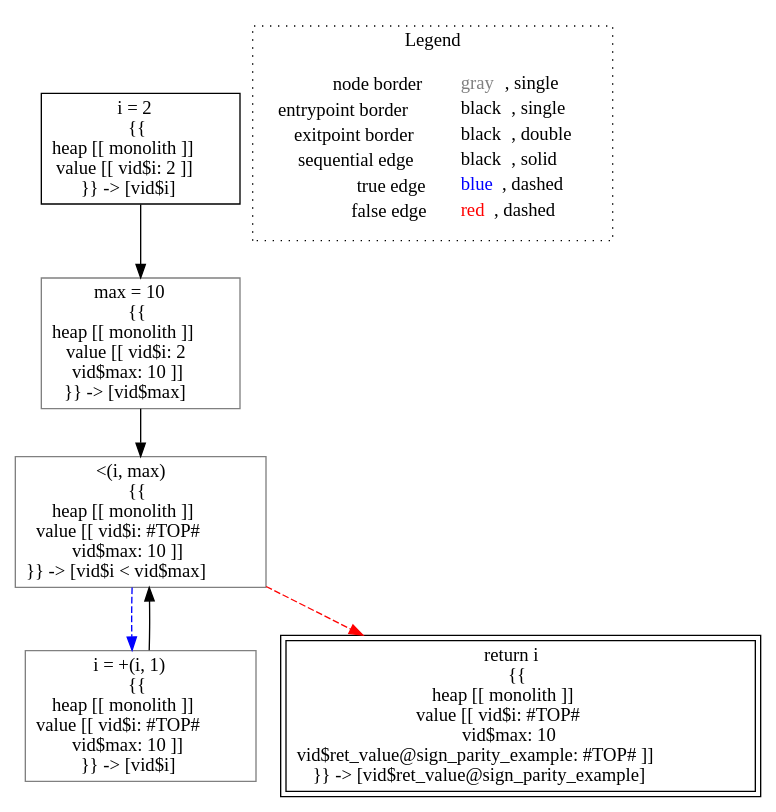
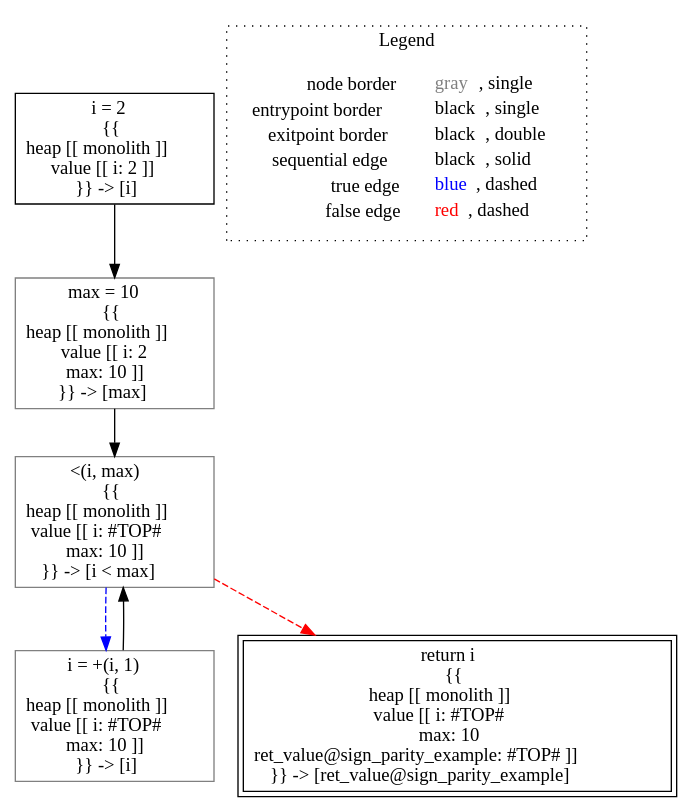
Before and after one commit to lisa-analyzer/lisa: the diagram in lisa/imp-testcases/int-const/analysis___untyped_tutorial.sign_parity_example(tutorial_this).dot, drawn with Graphviz. The commit also changed 65 other files, not shown here.

```diff
--- a/lisa/imp-testcases/int-const/analysis___untyped_tutorial.sign_parity_example(tutorial_this).dot
+++ b/lisa/imp-testcases/int-const/analysis___untyped_tutorial.sign_parity_example(tutorial_this).dot
@@ -1,19 +1,19 @@
 digraph {
-	"node0" [shape="rect",color="black",label=<i = 2<BR/>{{<BR/>heap [[ monolith ]]<BR/>value [[ vid$i: 2 ]]<BR/>}} -&gt; [vid$i]>];
-	"node1" [shape="rect",color="gray",label=<&lt;(i, max)<BR/>{{<BR/>heap [[ monolith ]]<BR/>value [[ vid$i: #TOP#<BR/>vid$max: 10 ]]<BR/>}} -&gt; [vid$i &lt; vid$max]>];
-	"node2" [shape="rect",color="gray",label=<i = +(i, 1)<BR/>{{<BR/>heap [[ monolith ]]<BR/>value [[ vid$i: #TOP#<BR/>vid$max: 10 ]]<BR/>}} -&gt; [vid$i]>];
-	"node3" [shape="rect",color="gray",label=<max = 10<BR/>{{<BR/>heap [[ monolith ]]<BR/>value [[ vid$i: 2<BR/>vid$max: 10 ]]<BR/>}} -&gt; [vid$max]>];
-	"node4" [shape="rect",color="black",peripheries="2",label=<return i<BR/>{{<BR/>heap [[ monolith ]]<BR/>value [[ vid$i: #TOP#<BR/>vid$max: 10<BR/>vid$ret_value@sign_parity_example: #TOP# ]]<BR/>}} -&gt; [vid$ret_value@sign_parity_example]>];
-	"node0" -> "node3" [color="black"];
-	"node1" -> "node2" [color="blue",style="dashed"];
-	"node1" -> "node4" [color="red",style="dashed"];
-	"node2" -> "node1" [color="black"];
-	"node3" -> "node1" [color="black"];
+	"node0" [shape="rect",color="black",label=<i = 2<BR/>{{<BR/>heap [[ monolith ]]<BR/>value [[ i: 2 ]]<BR/>}} -&gt; [i]>];
+	"node1" [shape="rect",color="gray",label=<max = 10<BR/>{{<BR/>heap [[ monolith ]]<BR/>value [[ i: 2<BR/>max: 10 ]]<BR/>}} -&gt; [max]>];
+	"node2" [shape="rect",color="gray",label=<&lt;(i, max)<BR/>{{<BR/>heap [[ monolith ]]<BR/>value [[ i: #TOP#<BR/>max: 10 ]]<BR/>}} -&gt; [i &lt; max]>];
+	"node3" [shape="rect",color="gray",label=<i = +(i, 1)<BR/>{{<BR/>heap [[ monolith ]]<BR/>value [[ i: #TOP#<BR/>max: 10 ]]<BR/>}} -&gt; [i]>];
+	"node4" [shape="rect",color="black",peripheries="2",label=<return i<BR/>{{<BR/>heap [[ monolith ]]<BR/>value [[ i: #TOP#<BR/>max: 10<BR/>ret_value@sign_parity_example: #TOP# ]]<BR/>}} -&gt; [ret_value@sign_parity_example]>];
+	"node1" -> "node2" [color="black"];
+	"node0" -> "node1" [color="black"];
+	"node2" -> "node3" [color="blue",style="dashed"];
+	"node2" -> "node4" [color="red",style="dashed"];
+	"node3" -> "node2" [color="black"];
 subgraph cluster_legend {
 	label="Legend";
 	style=dotted;
 	node [shape=plaintext];
 	"legend" [label=<<table border="0" cellpadding="2" cellspacing="0" cellborder="0"><tr><td align="right">node border&nbsp;</td><td align="left"><font color="gray">gray</font>, single</td></tr><tr><td align="right">entrypoint border&nbsp;</td><td align="left"><font color="black">black</font>, single</td></tr><tr><td align="right">exitpoint border&nbsp;</td><td align="left"><font color="black">black</font>, double</td></tr><tr><td align="right">sequential edge&nbsp;</td><td align="left"><font color="black">black</font>, solid</td></tr><tr><td align="right">true edge&nbsp;</td><td align="left"><font color="blue">blue</font>, dashed</td></tr><tr><td align="right">false edge&nbsp;</td><td align="left"><font color="red">red</font>, dashed</td></tr></table>>];
 }
 
 }
```
